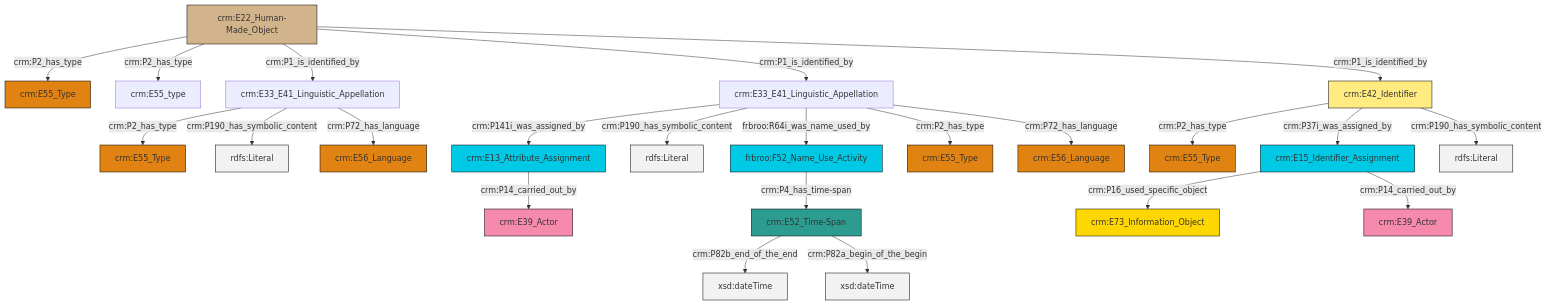
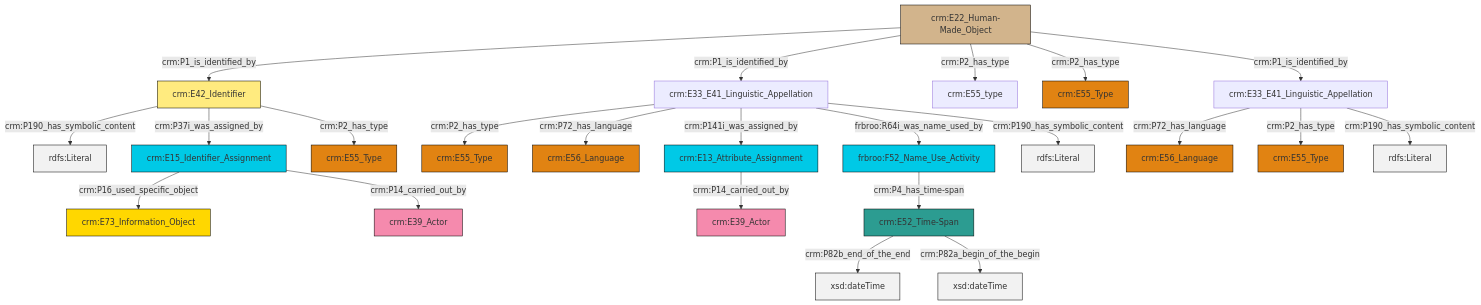
The diagram in et/artworkCSV/ttl/mmd/Artwork_Name.ttl.mmd (swiss-art-research-net/reference-data-models), drawn with Mermaid before and after one commit. The commit also changed 126 other files, not shown here.

```diff
--- a/et/artworkCSV/ttl/mmd/Artwork_Name.ttl.mmd
+++ b/et/artworkCSV/ttl/mmd/Artwork_Name.ttl.mmd
@@ -1,37 +1,37 @@
 graph TD
 classDef Literal fill:#f2f2f2,stroke:#000000;
 classDef CRM_Entity fill:#FFFFFF,stroke:#000000;
 classDef Temporal_Entity fill:#00C9E6, stroke:#000000;
 classDef Type fill:#E18312, stroke:#000000;
 classDef Time-Span fill:#2C9C91, stroke:#000000;
 classDef Appellation fill:#FFEB7F, stroke:#000000;
 classDef Place fill:#008836, stroke:#000000;
 classDef Persistent_Item fill:#B266B2, stroke:#000000;
 classDef Conceptual_Object fill:#FFD700, stroke:#000000;
 classDef Physical_Thing fill:#D2B48C, stroke:#000000;
 classDef Actor fill:#f58aad, stroke:#000000;
 classDef PC_Classes fill:#4ce600, stroke:#000000;
 classDef Multi fill:#cccccc,stroke:#000000;
 
-0["crm:E33_E41_Linguistic_Appellation"]:::Default -->|crm:P141i_was_assigned_by| 1["crm:E13_Attribute_Assignment"]:::Temporal_Entity
-2["crm:E33_E41_Linguistic_Appellation"]:::Default -->|crm:P2_has_type| 3["crm:E55_Type"]:::Type
-0["crm:E33_E41_Linguistic_Appellation"]:::Default -->|crm:P190_has_symbolic_content| 6[rdfs:Literal]:::Literal
-7["crm:E42_Identifier"]:::Appellation -->|crm:P2_has_type| 8["crm:E55_Type"]:::Type
-9["frbroo:F52_Name_Use_Activity"]:::Temporal_Entity -->|crm:P4_has_time-span| 10["crm:E52_Time-Span"]:::Time-Span
-7["crm:E42_Identifier"]:::Appellation -->|crm:P37i_was_assigned_by| 15["crm:E15_Identifier_Assignment"]:::Temporal_Entity
-10["crm:E52_Time-Span"]:::Time-Span -->|crm:P82b_end_of_the_end| 18[xsd:dateTime]:::Literal
-2["crm:E33_E41_Linguistic_Appellation"]:::Default -->|crm:P190_has_symbolic_content| 22[rdfs:Literal]:::Literal
-0["crm:E33_E41_Linguistic_Appellation"]:::Default -->|frbroo:R64i_was_name_used_by| 9["frbroo:F52_Name_Use_Activity"]:::Temporal_Entity
-2["crm:E33_E41_Linguistic_Appellation"]:::Default -->|crm:P72_has_language| 23["crm:E56_Language"]:::Type
-24["crm:E22_Human-Made_Object"]:::Physical_Thing -->|crm:P2_has_type| 25["crm:E55_Type"]:::Type
-10["crm:E52_Time-Span"]:::Time-Span -->|crm:P82a_begin_of_the_begin| 28[xsd:dateTime]:::Literal
-24["crm:E22_Human-Made_Object"]:::Physical_Thing -->|crm:P2_has_type| 31["crm:E55_type"]:::Default
-0["crm:E33_E41_Linguistic_Appellation"]:::Default -->|crm:P2_has_type| 29["crm:E55_Type"]:::Type
-24["crm:E22_Human-Made_Object"]:::Physical_Thing -->|crm:P1_is_identified_by| 2["crm:E33_E41_Linguistic_Appellation"]:::Default
-15["crm:E15_Identifier_Assignment"]:::Temporal_Entity -->|crm:P16_used_specific_object| 4["crm:E73_Information_Object"]:::Conceptual_Object
-24["crm:E22_Human-Made_Object"]:::Physical_Thing -->|crm:P1_is_identified_by| 0["crm:E33_E41_Linguistic_Appellation"]:::Default
-24["crm:E22_Human-Made_Object"]:::Physical_Thing -->|crm:P1_is_identified_by| 7["crm:E42_Identifier"]:::Appellation
-1["crm:E13_Attribute_Assignment"]:::Temporal_Entity -->|crm:P14_carried_out_by| 19["crm:E39_Actor"]:::Actor
-7["crm:E42_Identifier"]:::Appellation -->|crm:P190_has_symbolic_content| 41[rdfs:Literal]:::Literal
-0["crm:E33_E41_Linguistic_Appellation"]:::Default -->|crm:P72_has_language| 13["crm:E56_Language"]:::Type
-15["crm:E15_Identifier_Assignment"]:::Temporal_Entity -->|crm:P14_carried_out_by| 34["crm:E39_Actor"]:::Actor
+0["crm:E33_E41_Linguistic_Appellation"]:::Default -->|crm:P2_has_type| 1["crm:E55_Type"]:::Type
+2["crm:E42_Identifier"]:::Appellation -->|crm:P190_has_symbolic_content| 3[rdfs:Literal]:::Literal
+6["crm:E22_Human-Made_Object"]:::Physical_Thing -->|crm:P1_is_identified_by| 2["crm:E42_Identifier"]:::Appellation
+0["crm:E33_E41_Linguistic_Appellation"]:::Default -->|crm:P72_has_language| 9["crm:E56_Language"]:::Type
+7["crm:E52_Time-Span"]:::Time-Span -->|crm:P82b_end_of_the_end| 17[xsd:dateTime]:::Literal
+13["crm:E33_E41_Linguistic_Appellation"]:::Default -->|crm:P72_has_language| 4["crm:E56_Language"]:::Type
+23["crm:E15_Identifier_Assignment"]:::Temporal_Entity -->|crm:P16_used_specific_object| 10["crm:E73_Information_Object"]:::Conceptual_Object
+6["crm:E22_Human-Made_Object"]:::Physical_Thing -->|crm:P1_is_identified_by| 0["crm:E33_E41_Linguistic_Appellation"]:::Default
+6["crm:E22_Human-Made_Object"]:::Physical_Thing -->|crm:P2_has_type| 25["crm:E55_type"]:::Default
+0["crm:E33_E41_Linguistic_Appellation"]:::Default -->|crm:P141i_was_assigned_by| 26["crm:E13_Attribute_Assignment"]:::Temporal_Entity
+7["crm:E52_Time-Span"]:::Time-Span -->|crm:P82a_begin_of_the_begin| 27[xsd:dateTime]:::Literal
+23["crm:E15_Identifier_Assignment"]:::Temporal_Entity -->|crm:P14_carried_out_by| 20["crm:E39_Actor"]:::Actor
+18["frbroo:F52_Name_Use_Activity"]:::Temporal_Entity -->|crm:P4_has_time-span| 7["crm:E52_Time-Span"]:::Time-Span
+2["crm:E42_Identifier"]:::Appellation -->|crm:P37i_was_assigned_by| 23["crm:E15_Identifier_Assignment"]:::Temporal_Entity
+6["crm:E22_Human-Made_Object"]:::Physical_Thing -->|crm:P2_has_type| 29["crm:E55_Type"]:::Type
+0["crm:E33_E41_Linguistic_Appellation"]:::Default -->|frbroo:R64i_was_name_used_by| 18["frbroo:F52_Name_Use_Activity"]:::Temporal_Entity
+2["crm:E42_Identifier"]:::Appellation -->|crm:P2_has_type| 31["crm:E55_Type"]:::Type
+6["crm:E22_Human-Made_Object"]:::Physical_Thing -->|crm:P1_is_identified_by| 13["crm:E33_E41_Linguistic_Appellation"]:::Default
+13["crm:E33_E41_Linguistic_Appellation"]:::Default -->|crm:P2_has_type| 15["crm:E55_Type"]:::Type
+0["crm:E33_E41_Linguistic_Appellation"]:::Default -->|crm:P190_has_symbolic_content| 39[rdfs:Literal]:::Literal
+26["crm:E13_Attribute_Assignment"]:::Temporal_Entity -->|crm:P14_carried_out_by| 37["crm:E39_Actor"]:::Actor
+13["crm:E33_E41_Linguistic_Appellation"]:::Default -->|crm:P190_has_symbolic_content| 40[rdfs:Literal]:::Literal
```
